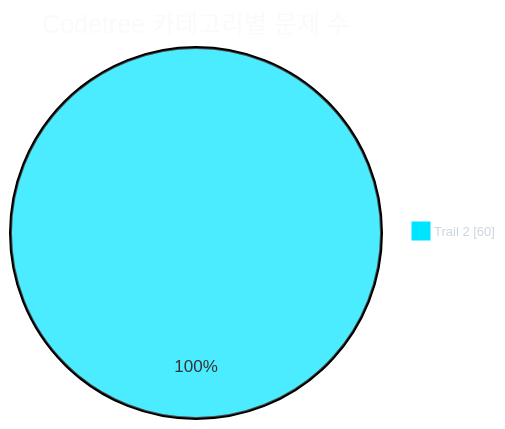
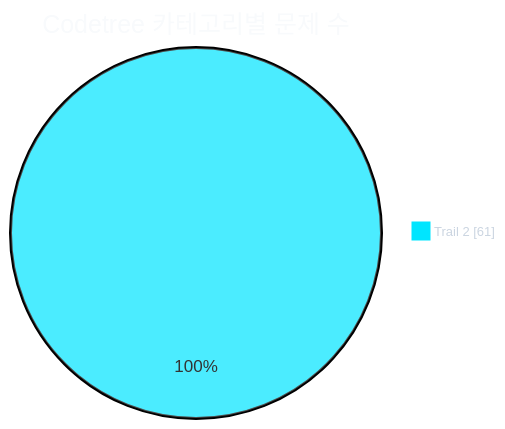
One commit to CHOOSLA/Algorithm changed the first of 2 diagrams in readme.md. Above: the diagram before and after it, drawn with Mermaid. The commit also changed other lines of this file and 2 other files, not shown here.

````diff
--- a/readme.md
+++ b/readme.md
@@ -31,21 +31,21 @@
 ```mermaid
 ---
 config:
   theme: base
   themeVariables:
     background: '#0d1117'
     pieTitleTextColor: '#f8fafc'
     pieLegendTextColor: '#cbd5e1'
     pieLegendTextSize: '13px'
     pie1: '#00e5ff'
     pie2: '#22c55e'
     pie3: '#f59e0b'
     pie4: '#a855f7'
     pie5: '#ec4899'
     pie6: '#3b82f6'
     pie7: '#64748b'
 ---
 pie showData
   title Codetree 카테고리별 문제 수
-  "Trail 2" : 60
+  "Trail 2" : 61
 ```
````
